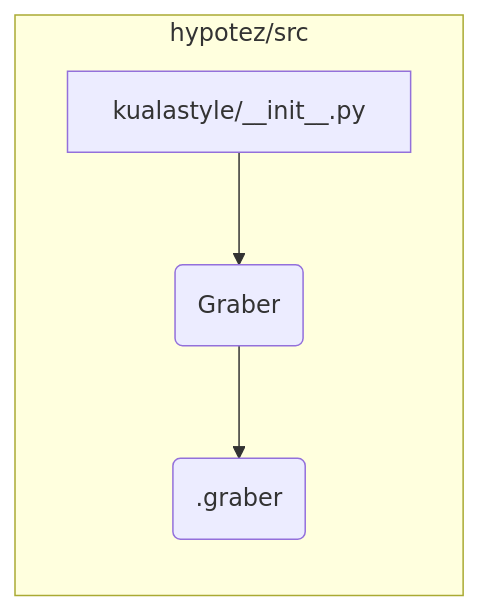
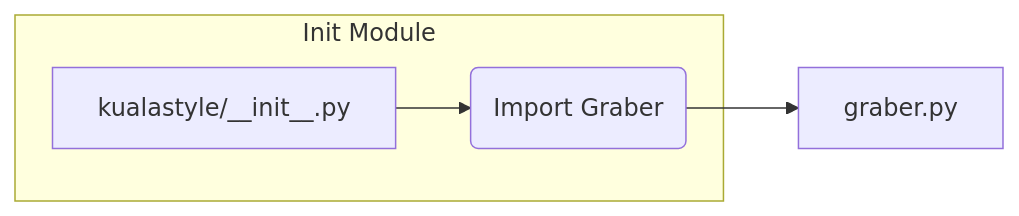
Before and after one commit to hypo69/hypo: the second of 2 diagrams in docs/gemini/ru/explainer/src/suppliers/kualastyle/__init__.md, drawn with Mermaid. The commit also changed other lines of this file and 468 other files, not shown here.

````diff
--- a/docs/gemini/ru/explainer/src/suppliers/kualastyle/__init__.md
+++ b/docs/gemini/ru/explainer/src/suppliers/kualastyle/__init__.md
@@ -38,7 +34,7 @@
 ```mermaid
 graph LR
-    subgraph "hypotez/src"
-        A[kualastyle/__init__.py] --> B(Graber);
-        B --> C(.graber);
+    subgraph Init Module
+        A[kualastyle/__init__.py] --> B(Import Graber);
     end
+    B --> C[graber.py];
 ```
````
